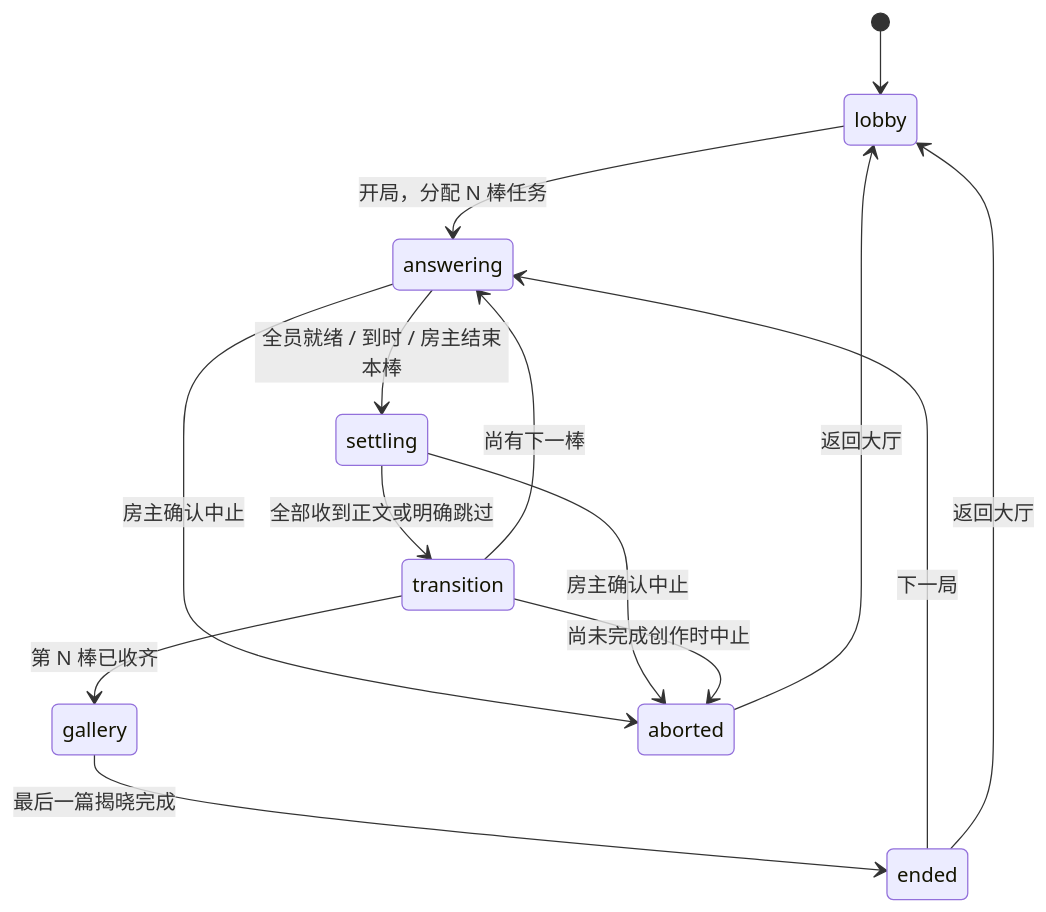
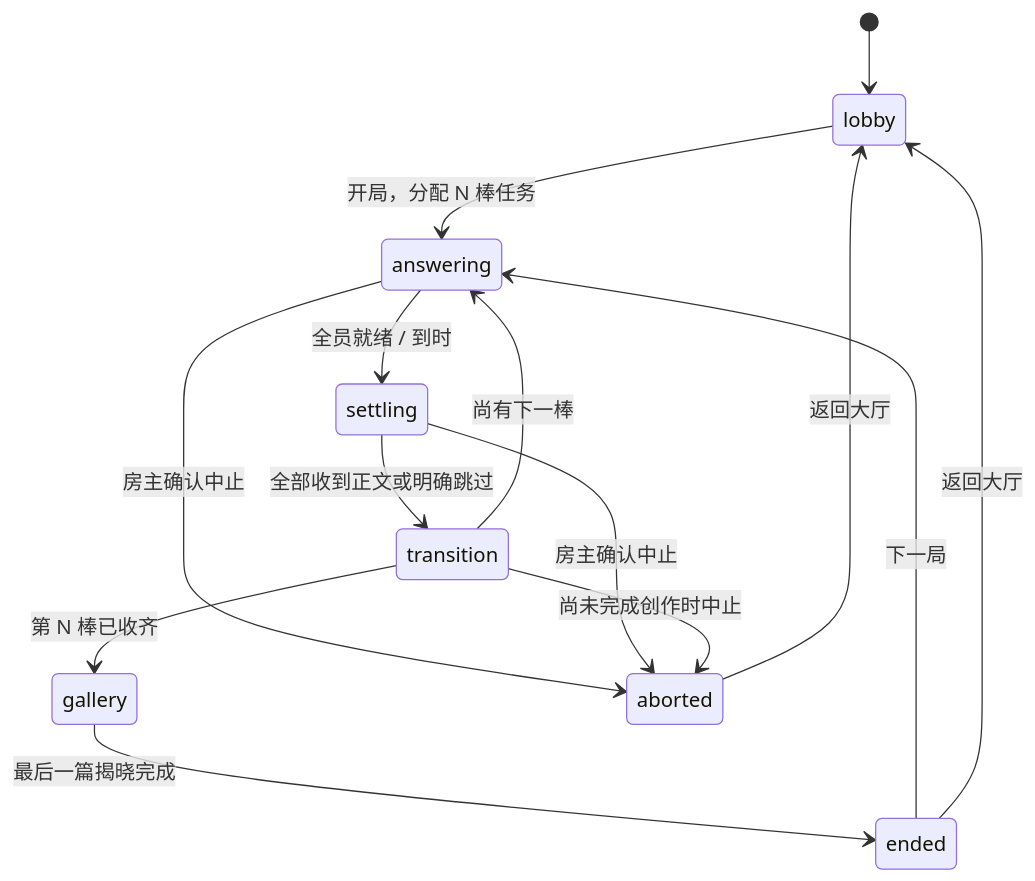
Before and after one commit to olveryu/WerewolfGameJudge: the diagram in docs/story-relay-game-design.md, drawn with Mermaid. The commit also changed other lines of this file and 41 other files, not shown here.

````diff
--- a/docs/story-relay-game-design.md
+++ b/docs/story-relay-game-design.md
@@ -304,16 +305,16 @@
 ```mermaid
 stateDiagram-v2
     [*] --> lobby
     lobby --> answering: 开局，分配 N 棒任务
-    answering --> settling: 全员就绪 / 到时 / 房主结束本棒
+    answering --> settling: 全员就绪 / 到时
     settling --> transition: 全部收到正文或明确跳过
     transition --> answering: 尚有下一棒
     transition --> gallery: 第 N 棒已收齐
     gallery --> ended: 最后一篇揭晓完成
     answering --> aborted: 房主确认中止
     settling --> aborted: 房主确认中止
     transition --> aborted: 尚未完成创作时中止
     ended --> answering: 下一局
     ended --> lobby: 返回大厅
     aborted --> lobby: 返回大厅
 ```
````
